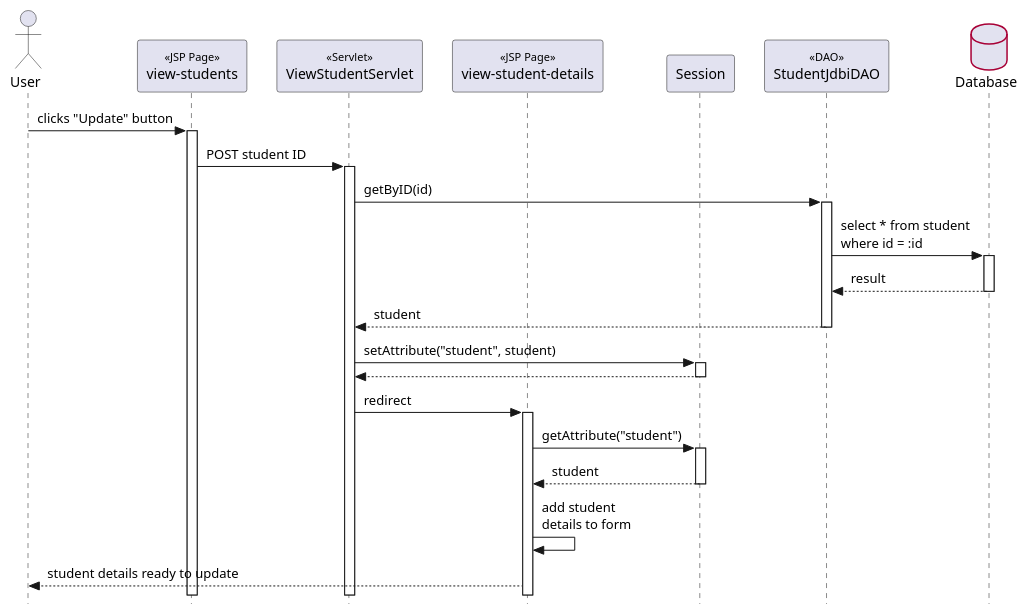
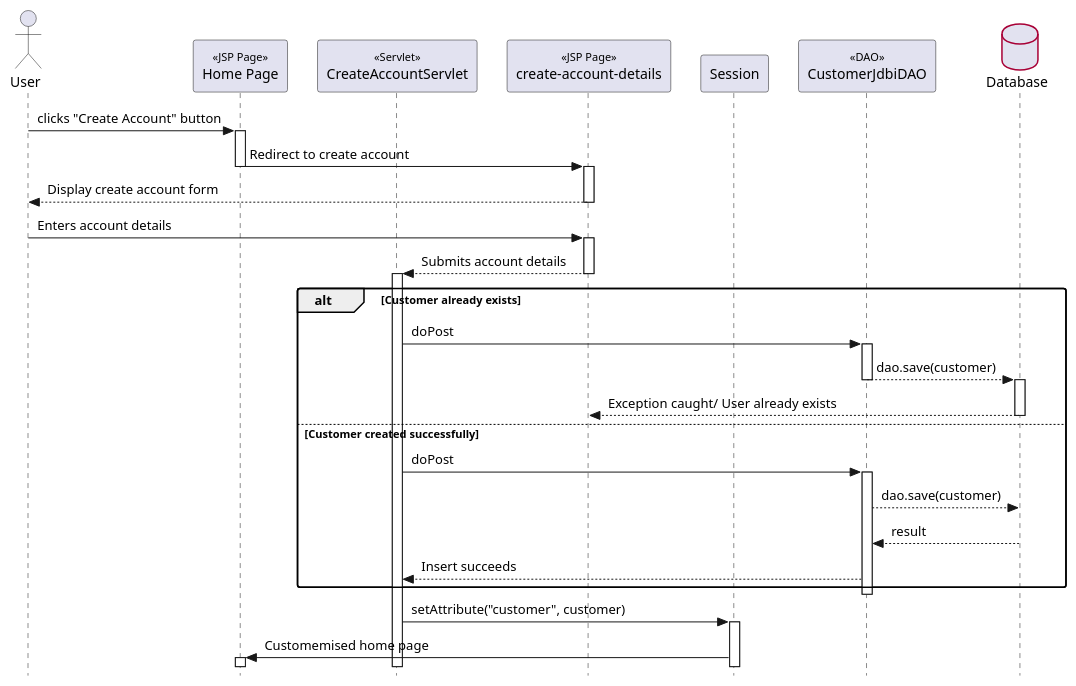
Before and after one commit to dyrel78/INFO-202: the diagram in diagrams/CreateAccount.puml, drawn with PlantUML. The commit also changed 10 other files, not shown here.

Commit message:
Finished Diagram Closes Issue # 18

```diff
--- a/diagrams/CreateAccount.puml
+++ b/diagrams/CreateAccount.puml
@@ -1,55 +1,87 @@
 @startuml
 
 ' === Style Tweaks ===
 
 skinparam {
   Style StrictUML
   RoundCorner 5
   ParticipantPadding 10
   Padding 2
   SequenceStereotype {
     Font {
       Size 11
       Style plain
     }
   }
   Database {
     BorderColor #A80036
   }
 }
 
 
 ' === Actors / Participants
 
 actor "User" as user
-participant "view-students" as viewPage << JSP Page >>
-participant "ViewStudentServlet" as viewServlet <<Servlet>>
-participant "view-student-details" as editPage << JSP Page >>
+participant "Home Page" as homePage << JSP Page >>
+participant "CreateAccountServlet" as createServlet <<Servlet>>
+participant "create-account-details" as createPage << JSP Page >>
 participant "Session" as session
-participant "StudentJdbiDAO" as dao << DAO >>
+participant "CustomerJdbiDAO" as dao << DAO >>
 database "Database" as db
 
 
 ' === Interactions ===
 
-user -> viewPage++ : clicks "Update" button
 
-viewPage -> viewServlet++ : POST student ID
+user -> homePage++ : clicks "Create Account" button
+homePage -> createPage--++ : Redirect to create account
+' createServlet -> createPage++ : Render create account page
+createPage --> user-- : Display create account form
+user -> createPage++ : Enters account details
+createPage --> createServlet--++ : Submits account details
 
-viewServlet -> dao++ : getByID(id)
-dao -> db++ : select * from student\nwhere id = :id
-return result
-return student
 
-viewServlet -> session++ : setAttribute("student", student)
-return
 
-viewServlet -> editPage++ : redirect
-editPage -> session++ : getAttribute("student")
-return student
+alt Customer already exists
+  createServlet -> dao++ : doPost
 
-editPage -> editPage : add student\ndetails to form
+     dao --> db--++ : dao.save(customer)
+  db --> createPage-- : Exception caught/ User already exists
+else Customer created successfully
+    createServlet -> dao++ : doPost 
+    dao --> db : dao.save(customer)
+ 
 
-editPage -->user : student details ready to update
+  db -->  dao : result
+  dao --> createServlet : Insert succeeds
+    end
+
+  dao--
+  createServlet -> session++ : setAttribute("customer", customer)
+   
+  session -> homePage++ : Customemised home page
+
+
+
+    
+
+' createPage -> session++ : setAttribute("customer", customer)
+
+
+' createServlet -> dao++ : postById(id)
+' dao -> db++ : insert into Customer(values)
+
+' return result
+' return Customer
+
+' createServlet -> session++ : setAttribute("customer", customer)
+' createServlet -> createPage++ : redirect
+
+' createPage -> session++ : getAttribute("customer")
+' return student
+
+' createPage -> createPage : add student\ndetails to form
+
+' createPage -->user : student details ready to update
 
 @enduml
```
